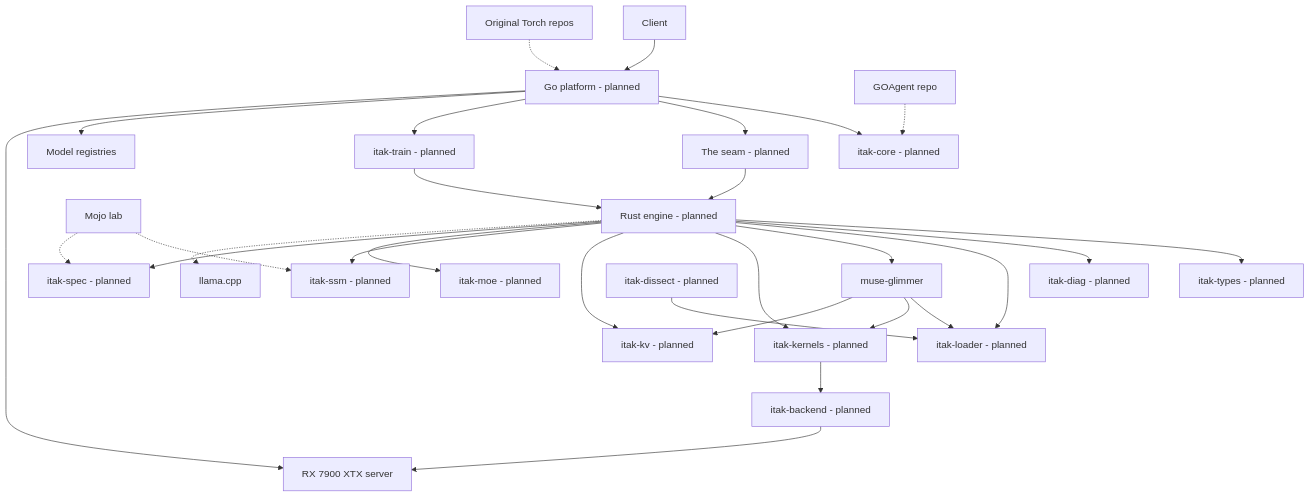
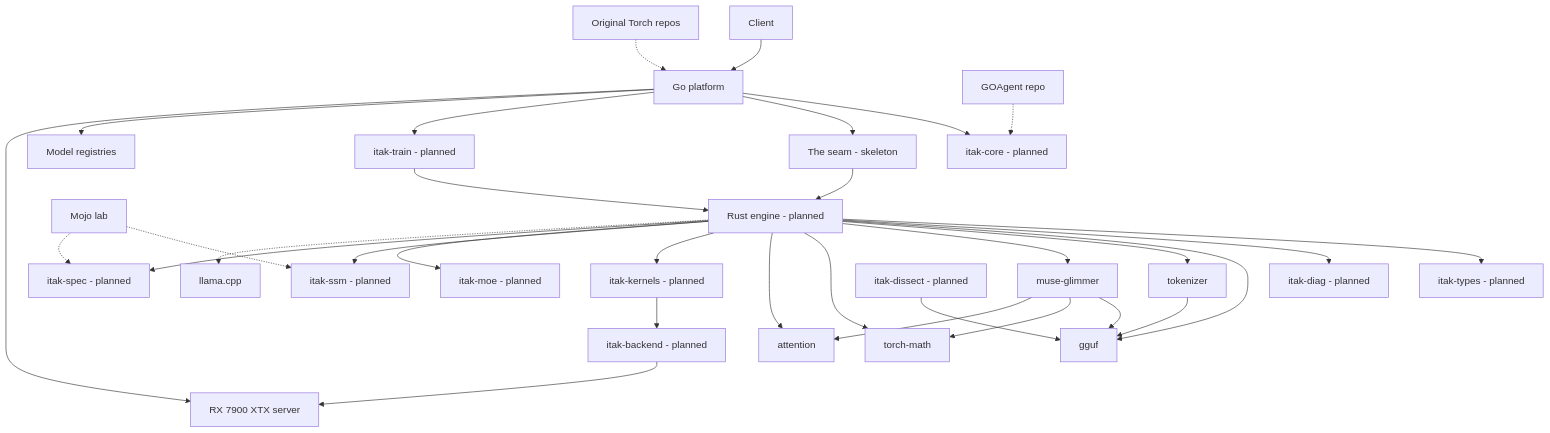
The diagram in docs/MAP.md (David2024patton/itak-torch-rebuild), drawn with Mermaid before and after one commit. The commit also changed other lines of this file and 1 other file, not shown here.

````diff
--- a/docs/MAP.md
+++ b/docs/MAP.md
@@ -96,31 +101,34 @@
 ```mermaid
 flowchart TD
-  C[Client] --> P[Go platform - planned]
+  C[Client] --> P[Go platform]
   P --> CORE[itak-core - planned]
-  P --> SEAM[The seam - planned]
+  P --> SEAM[The seam - skeleton]
   SEAM --> ENG[Rust engine - planned]
   ENG --> TYPES[itak-types - planned]
   ENG --> DIAG[itak-diag - planned]
-  ENG --> LOAD[itak-loader - planned]
+  ENG --> LOAD[gguf]
+  ENG --> TOK[tokenizer]
+  TOK --> LOAD
   ENG --> GLIM[muse-glimmer]
   GLIM --> LOAD
-  GLIM --> KERN
-  GLIM --> KV
+  GLIM --> MATH[torch-math]
+  GLIM --> ATT[attention]
+  ENG --> MATH
+  ENG --> ATT
   ENG --> KERN[itak-kernels - planned]
-  ENG --> KV[itak-kv - planned]
   ENG --> SSM[itak-ssm - planned]
   ENG --> MOE[itak-moe - planned]
   ENG --> SPEC[itak-spec - planned]
   KERN --> BACK[itak-backend - planned]
   BACK --> GPU[RX 7900 XTX server]
   P --> TRAIN[itak-train - planned]
   TRAIN --> ENG
   DIS[itak-dissect - planned] --> LOAD
   P --> REG[Model registries]
   LAB[Mojo lab] -.-> SSM
   LAB -.-> SPEC
   ORIG[Original Torch repos] -.-> P
   GOA[GOAgent repo] -.-> CORE
   ENG -.-> LLAMA[llama.cpp]
   P --> GPU
 ```
````
